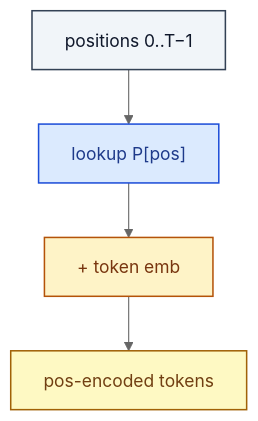
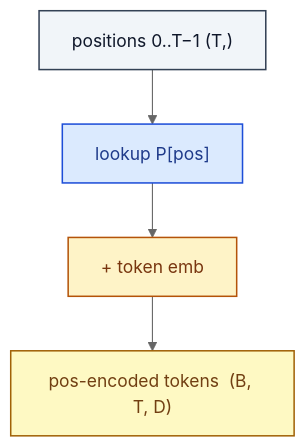
The diagram in embedding/LearnedPositionalEmbedding.md (RealityShifts/Srivastava-book-of-Blocks-diagrams), drawn with Mermaid (neutral theme) before and after one commit. The commit also changed 123 other files, not shown here.

````diff
--- a/embedding/LearnedPositionalEmbedding.md
+++ b/embedding/LearnedPositionalEmbedding.md
@@ -7,19 +7,20 @@
 ```mermaid
 flowchart TD
-    n0_0["positions 0..T−1"]:::io
+    n0_0["positions 0..T−1  (T,)"]:::io
     n1_0["lookup  P[pos]"]:::op
     n2_0["+ token emb"]:::merge
-    n3_0["pos-encoded tokens"]:::emb
+    n3_0["pos-encoded tokens  (B, T, D)"]:::emb
     n0_0 --> n1_0
     n1_0 --> n2_0
     n2_0 --> n3_0
     classDef io fill:#f1f5f9,stroke:#334155,stroke-width:1.4px,color:#0f172a
     classDef op fill:#dbeafe,stroke:#1d4ed8,stroke-width:1.4px,color:#1e3a8a
     classDef norm fill:#dcfce7,stroke:#15803d,stroke-width:1.4px,color:#14532d
     classDef act fill:#ffedd5,stroke:#c2410c,stroke-width:1.4px,color:#7c2d12
     classDef attn fill:#ede9fe,stroke:#6d28d9,stroke-width:1.4px,color:#4c1d95
     classDef merge fill:#fef3c7,stroke:#b45309,stroke-width:1.4px,color:#78350f
     classDef emb fill:#fef9c3,stroke:#a16207,stroke-width:1.4px,color:#713f12
     classDef loss fill:#fee2e2,stroke:#b91c1c,stroke-width:1.4px,color:#7f1d1d
     classDef ctrl fill:#f5f5f4,stroke:#52525b,stroke-width:1.4px,color:#27272a
+    classDef ref fill:#e0f2fe,stroke:#0369a1,stroke-width:2px,color:#0c4a6e,stroke-dasharray: 4 2
 ```
````
